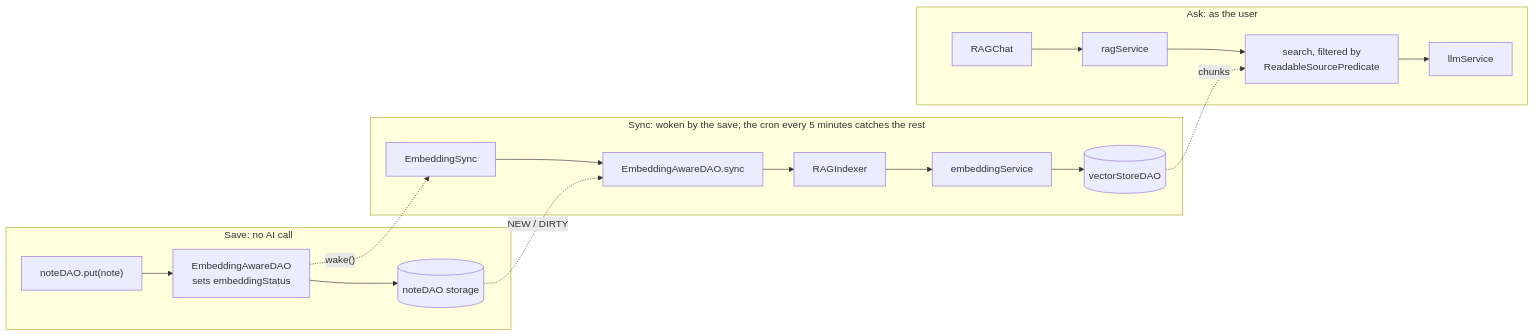
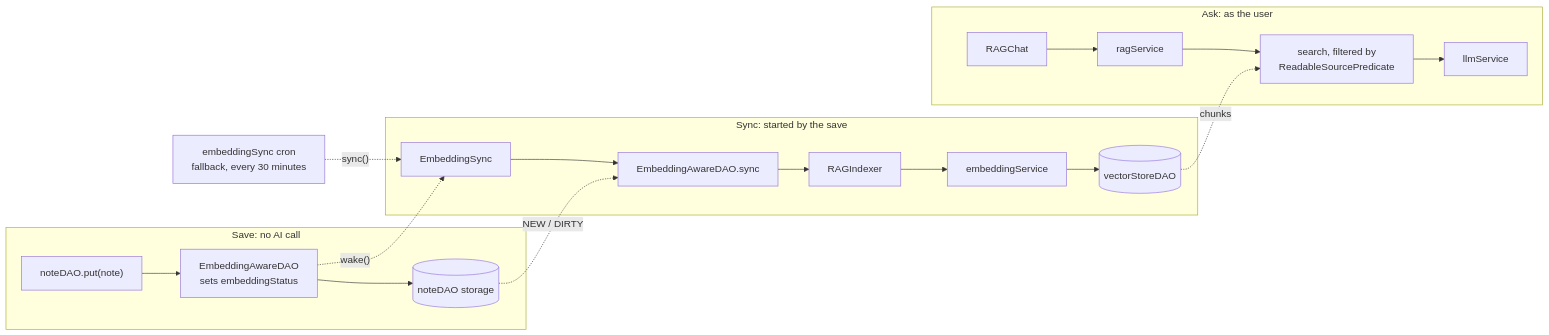
One commit to foam-foundation/foam3 changed the second of 7 diagrams in doc/guides/Embeddings.md. Above: the diagram before and after it, drawn with Mermaid. The commit also changed other lines of this file and 2 other files, not shown here.

Commit message:
PT-FIXES:DOS-5896 chore(ai): run the embeddingSync cron every 30 minutes as a fallback

````diff
--- a/doc/guides/Embeddings.md
+++ b/doc/guides/Embeddings.md
@@ -131,15 +131,16 @@
 ```mermaid
 flowchart LR
   subgraph SAVE["Save: no AI call"]
     P["noteDAO.put(note)"] --> D["EmbeddingAwareDAO<br/>sets embeddingStatus"] --> S[("noteDAO storage")]
   end
-  subgraph SYNC["Sync: woken by the save; the cron every 5 minutes catches the rest"]
+  subgraph SYNC["Sync: started by the save"]
     C["EmbeddingSync"] --> A["EmbeddingAwareDAO.sync"] --> I["RAGIndexer"] --> E["embeddingService"] --> V[("vectorStoreDAO")]
   end
   subgraph ASK["Ask: as the user"]
     Q["RAGChat"] --> R["ragService"] --> F["search, filtered by<br/>ReadableSourcePredicate"] --> L["llmService"]
   end
+  K["embeddingSync cron<br/>fallback, every 30 minutes"] -.->|"sync()"| C
   D -.->|"wake()"| C
   S -.->|"NEW / DIRTY"| A
   V -.->|"chunks"| F
 ```
````
